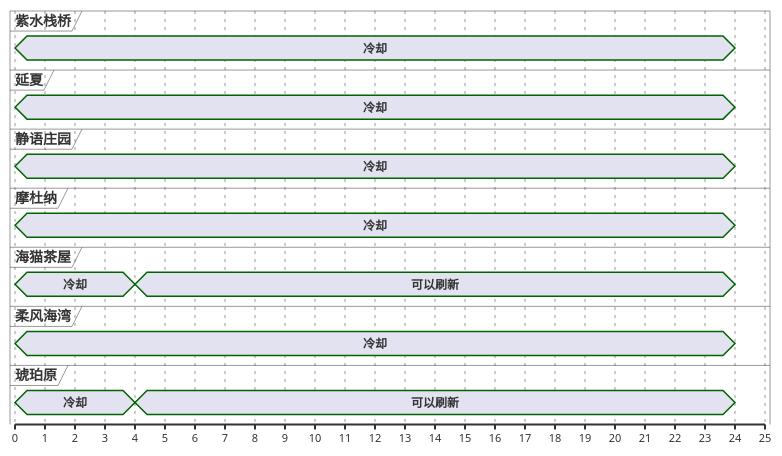
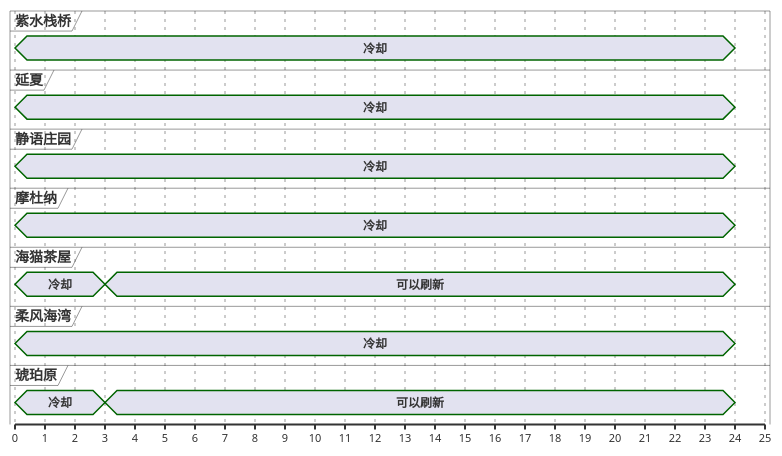
Before and after one commit to Eroleice/doc-pi: the third of 13 diagrams in ffxiv/hunt/2.0/Croakadile.md, drawn with PlantUML. The commit also changed other lines of this file and 38 other files, not shown here.

````diff
--- a/ffxiv/hunt/2.0/Croakadile.md
+++ b/ffxiv/hunt/2.0/Croakadile.md
@@ -137,46 +137,46 @@
 ```plantuml
 @startuml
 scale 1 as 30 pixels
 
 concise 紫水栈桥
 concise 延夏
 concise 静语庄园
 concise 摩杜纳
 concise 海猫茶屋
 concise 柔风海湾
 concise 琥珀原
 
 @琥珀原
 0 is 冷却
-4 is 可以刷新
-4 is 强制刷新
+3 is 可以刷新
+3 is 强制刷新
 24 is {hidden}
 
 @海猫茶屋
 0 is 冷却
-4 is 可以刷新
-4 is 强制刷新
+3 is 可以刷新
+3 is 强制刷新
 24 is {hidden}
 
 @延夏
 0 is 冷却
 24 is {hidden}
 
 @静语庄园
 0 is 冷却
 24 is {hidden}
 
 @紫水栈桥
 0 is 冷却
 24 is {hidden}
 
 @柔风海湾
 0 is 冷却
 24 is {hidden}
 
 @摩杜纳
 0 is 冷却
 24 is {hidden}
 
 @enduml
 ```
````
